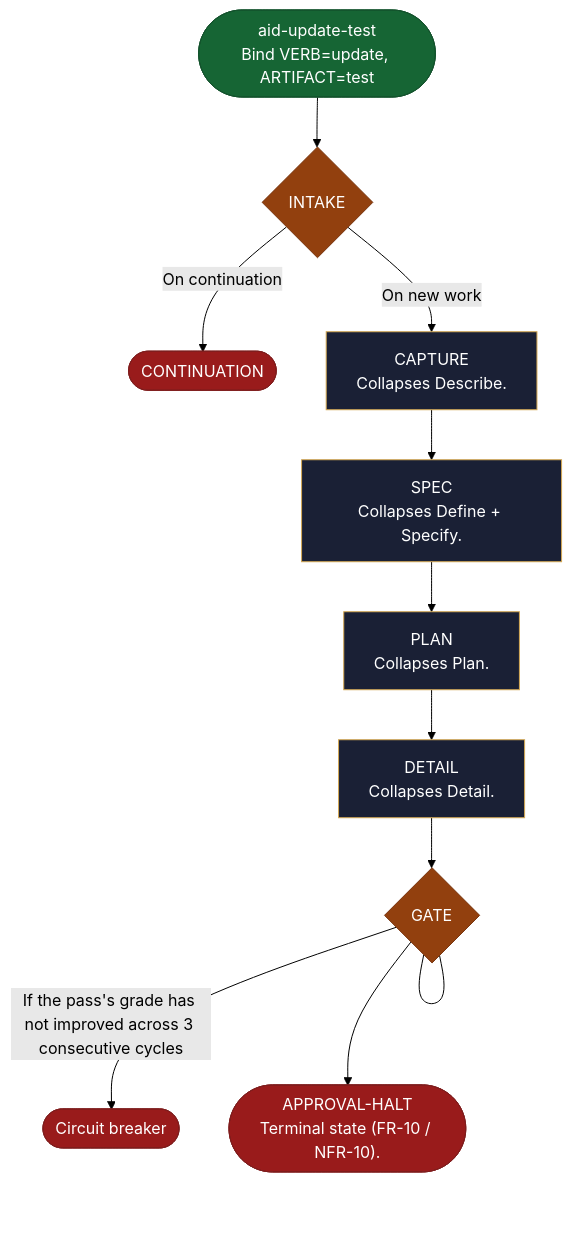
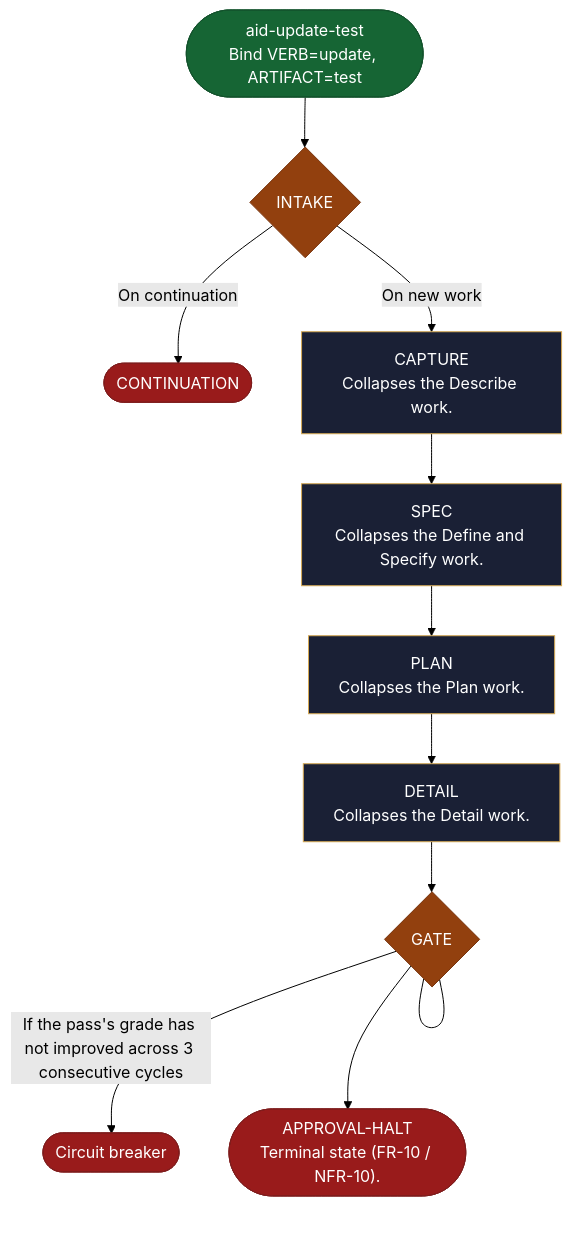
Before and after one commit to AndreVianna/aid-methodology: the diagram in site/src/content/docs/skills/aid-update-test.md, drawn with Mermaid (forest theme). The commit also changed other lines of this file and 195 other files, not shown here.

First line of the commit message:
delivery-002 review fix (cycle 1): sub-step pointers are notes, not advance lines; orchestrate under its line cap, question rule cited not restated; residual flow rungs read advance words; site regenerated; ledger rows marked Fixed (D3-11 left open)

````diff
--- a/site/src/content/docs/skills/aid-update-test.md
+++ b/site/src/content/docs/skills/aid-update-test.md
@@ -20,49 +20,49 @@
 ```mermaid
 flowchart TB
   classDef aidNode color:#fff
   classDef aidEntry fill:#166534,stroke:#14532d,color:#fff
   classDef aidExit fill:#991b1b,stroke:#7f1d1d,color:#fff
   classDef aidDecision fill:#92400e,stroke:#78350f,color:#fff
   classDef aidLoopBack fill:#1e3a8a,stroke:#1e3a8a,color:#fff
   classDef aidStep fill:#1a2035,stroke:#d4a853,color:#f1f5f9
   n1(["aid-update-test<br/>Bind VERB=update, ARTIFACT=test"])
   n2{"INTAKE"}
   n3(["CONTINUATION"])
-  n4["CAPTURE<br/>Collapses Describe."]
-  n5["SPEC<br/>Collapses Define + Specify."]
-  n6["PLAN<br/>Collapses Plan."]
-  n7["DETAIL<br/>Collapses Detail."]
+  n4["CAPTURE<br/>Collapses the Describe work."]
+  n5["SPEC<br/>Collapses the Define and Specify work."]
+  n6["PLAN<br/>Collapses the Plan work."]
+  n7["DETAIL<br/>Collapses the Detail work."]
   n8{"GATE"}
   n9(["Circuit breaker"])
   n10(["APPROVAL-HALT<br/>Terminal state (FR-10 / NFR-10)."])
   n1 --> n2
   n2 -->|"On continuation"| n3
   n2 -->|"On new work"| n4
   n4 --> n5
   n5 --> n6
   n6 --> n7
   n7 --> n8
   n8 --- n8
   n8 -->|"If the pass's grade has not improved across 3 consecutive cycles"| n9
   n8 --> n10
   class n1 aidEntry
   class n2 aidDecision
   class n3 aidExit
   class n4 aidStep
   class n5 aidStep
   class n6 aidStep
   class n7 aidStep
   class n8 aidDecision
   class n9 aidExit
   class n10 aidExit
   class n1 aidNode
   class n2 aidNode
   class n3 aidNode
   class n4 aidNode
   class n5 aidNode
   class n6 aidNode
   class n7 aidNode
   class n8 aidNode
   class n9 aidNode
   class n10 aidNode
 ```
````
